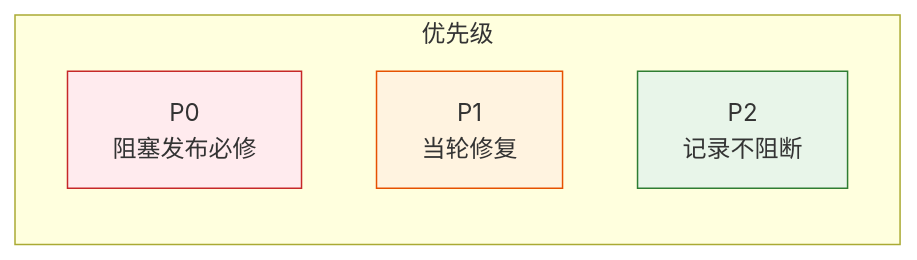
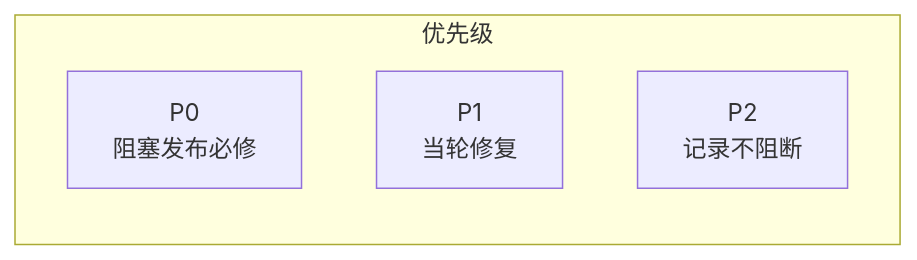
One commit to effiy/YrY changed the sixth of 10 diagrams in rules/code-pipeline.md. Above: the diagram before and after it, drawn with Mermaid. The commit also changed other lines of this file and 61 other files, not shown here.

````diff
--- a/rules/code-pipeline.md
+++ b/rules/code-pipeline.md
@@ -155,12 +139,9 @@
 ```mermaid
 flowchart LR
     subgraph 优先级["优先级"]
         P0["P0<br/>阻塞发布必修"]:::p0
         P1["P1<br/>当轮修复"]:::p1
         P2["P2<br/>记录不阻断"]:::p2
     end
 
-    classDef p0 fill:#ffebee,stroke:#c62828;
-    classDef p1 fill:#fff3e0,stroke:#e65100;
-    classDef p2 fill:#e8f5e9,stroke:#2e7d32;
 ```
````
